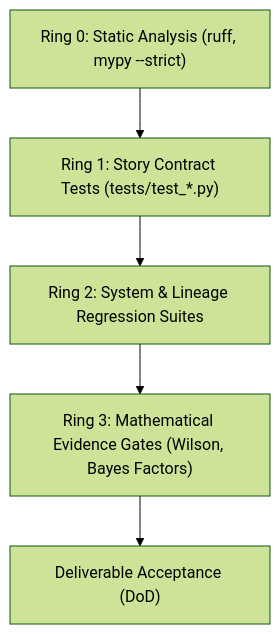
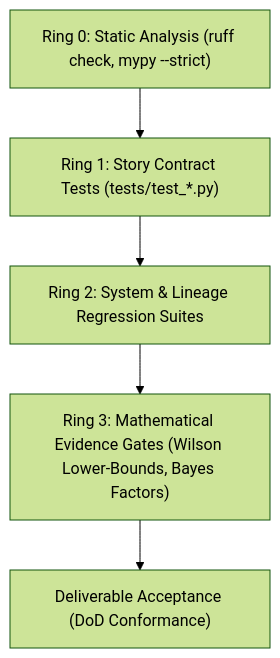
One commit to mdresch/agent-learning changed the diagram in docs/project-docs/management-plans/Quality-Management-Plan.md. Above: the diagram before and after it, drawn with Mermaid (forest theme). The commit also changed other lines of this file and 62 other files, not shown here.

````diff
--- a/docs/project-docs/management-plans/Quality-Management-Plan.md
+++ b/docs/project-docs/management-plans/Quality-Management-Plan.md
@@ -79,12 +96,12 @@
 ```mermaid
 flowchart TD
-    RING0["Ring 0: Static Analysis (ruff, mypy --strict)"]
+    RING0["Ring 0: Static Analysis (ruff check, mypy --strict)"]
     RING1["Ring 1: Story Contract Tests (tests/test_*.py)"]
     RING2["Ring 2: System & Lineage Regression Suites"]
-    RING3["Ring 3: Mathematical Evidence Gates (Wilson, Bayes Factors)"]
+    RING3["Ring 3: Mathematical Evidence Gates (Wilson Lower-Bounds, Bayes Factors)"]
 
     RING0 --> RING1
     RING1 --> RING2
     RING2 --> RING3
-    RING3 --> ACCEPT["Deliverable Acceptance (DoD)"]
+    RING3 --> ACCEPT["Deliverable Acceptance (DoD Conformance)"]
 ```
````
